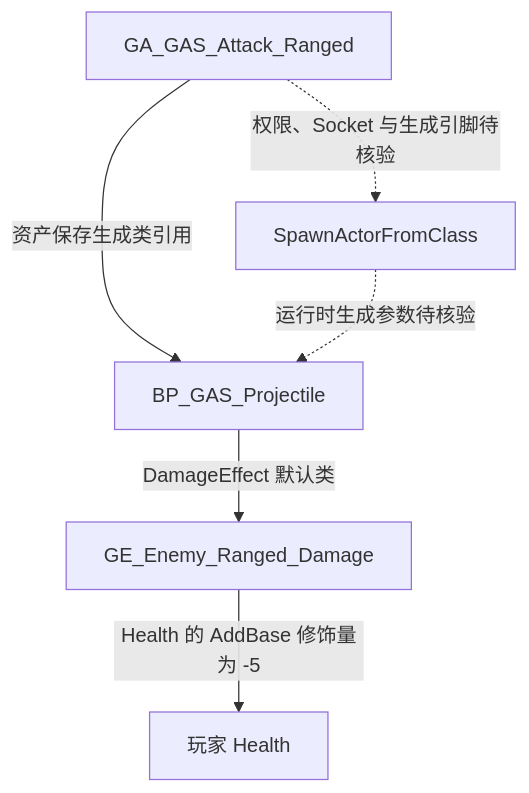
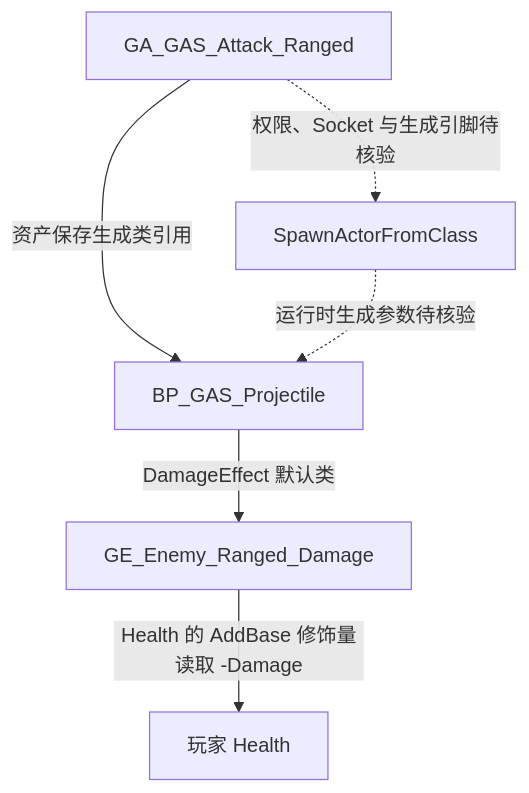
Before and after one commit to xuelongdev/GAS_StudyNotes: the second of 2 diagrams in GameObjects/Projectile.md, drawn with Mermaid. The commit also changed other lines of this file and 9 other files, not shown here.

````diff
--- a/GameObjects/Projectile.md
+++ b/GameObjects/Projectile.md
@@ -64,8 +67,8 @@
 ```mermaid
 flowchart TD
     attack["GA_GAS_Attack_Ranged"] -->|"资产保存生成类引用"| projectile["BP_GAS_Projectile"]
     attack -.->|"权限、Socket 与生成引脚待核验"| spawn["SpawnActorFromClass"]
     spawn -.->|"运行时生成参数待核验"| projectile
     projectile -->|"DamageEffect 默认类"| effect["GE_Enemy_Ranged_Damage"]
-    effect -->|"Health 的 AddBase 修饰量为 -5"| value["玩家 Health"]
+    effect -->|"Health 的 AddBase 修饰量读取 -Damage"| value["玩家 Health"]
 ```
````
